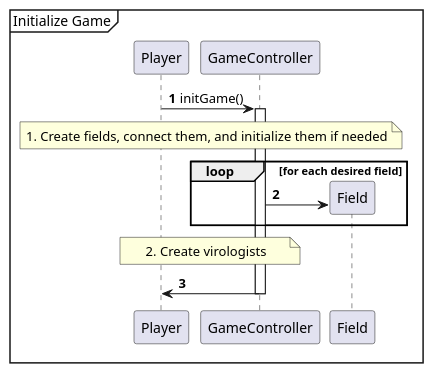
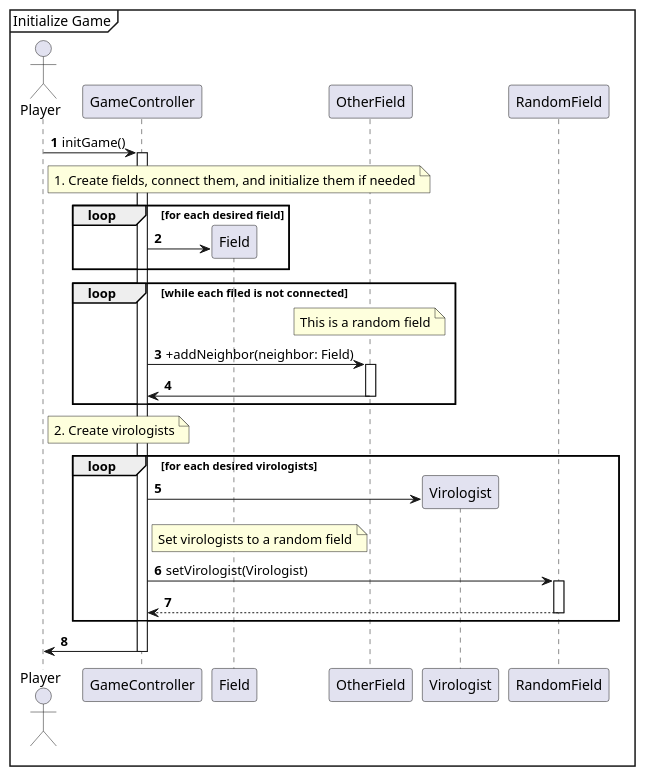
The diagram in sequence-diagram/RoundFlow/initGame.puml (Projlab-csb/projlab-virologus), drawn with PlantUML before and after one commit. The commit also changed 1 other file, not shown here.

Commit message:
Init sequence

```diff
--- a/sequence-diagram/RoundFlow/initGame.puml
+++ b/sequence-diagram/RoundFlow/initGame.puml
@@ -1,25 +1,43 @@
 @startuml
 'https://plantuml.com/sequence-diagram
 
 autonumber
 
 mainframe Initialize Game
 
+actor Player
 Player -> GameController++: initGame()
 
-note over Player, GameController
+note right of Player
 1. Create fields, connect them, and initialize them if needed
 end note
 
 loop for each desired field
     GameController -> Field**:
-
 end loop
 
-note over Player, GameController
+loop while each filed is not connected
+
+    note over OtherField
+        This is a random field
+    end note
+    GameController -> OtherField++: +addNeighbor(neighbor: Field)
+    OtherField -> GameController--
+end loop
+
+note right of Player
 2. Create virologists
 end note
+
+loop for each desired virologists
+    GameController -> Virologist**
+    note right of GameController
+        Set virologists to a random field
+    end note
+    GameController -> RandomField++: setVirologist(Virologist)
+    RandomField --> GameController--
+end loop
 
 GameController -> Player--
 
 @enduml
```
